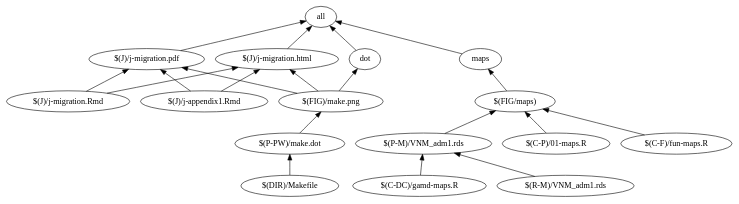
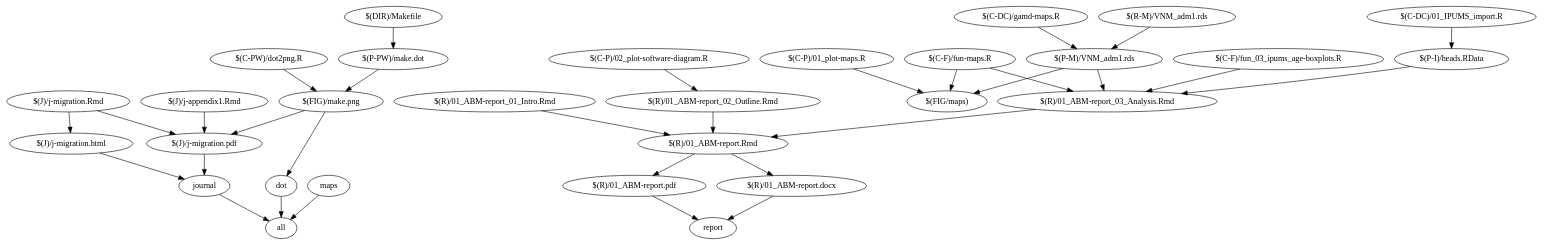
Before and after one commit to majazaloznik/vn: the diagram in data/processed/project-wide/make.dot, drawn with Graphviz. The commit also changed 10 other files, not shown here.

```diff
--- a/data/processed/project-wide/make.dot
+++ b/data/processed/project-wide/make.dot
@@ -1,32 +1,51 @@
 digraph G {
-	rankdir="BT"
+	rankdir="TB"
 	"all"
-	"$(J)/j-migration.pdf" -> "all"
-	"$(J)/j-migration.html" -> "all"
+	"journal" -> "all"
 	"maps" -> "all"
 	"dot" -> "all"
-	"dot"
-	"$(FIG)/make.png" -> "dot"
-	"maps"
-	"$(FIG/maps)" -> "maps"
-	"$(P-PW)/make.dot"
-	"$(DIR)/Makefile" -> "$(P-PW)/make.dot"
-	"$(FIG)/make.png"
-	"$(P-PW)/make.dot" -> "$(FIG)/make.png"
+	"journal"
+	"$(J)/j-migration.pdf" -> "journal"
+	"$(J)/j-migration.html" -> "journal"
 	"$(J)/j-migration.html"
 	"$(J)/j-migration.Rmd" -> "$(J)/j-migration.html"
-	"$(J)/j-appendix1.Rmd" -> "$(J)/j-migration.html"
-	"$(FIG)/make.png" -> "$(J)/j-migration.html"
 	"$(J)/j-migration.pdf"
 	"$(J)/j-migration.Rmd" -> "$(J)/j-migration.pdf"
 	"$(J)/j-appendix1.Rmd" -> "$(J)/j-migration.pdf"
 	"$(FIG)/make.png" -> "$(J)/j-migration.pdf"
-	"$(R-M)/VNM_adm1.rds"
+	"dot"
+	"$(FIG)/make.png" -> "dot"
+	"$(FIG)/make.png"
+	"$(C-PW)/dot2png.R" -> "$(FIG)/make.png"
+	"$(P-PW)/make.dot" -> "$(FIG)/make.png"
+	"$(P-PW)/make.dot"
+	"$(DIR)/Makefile" -> "$(P-PW)/make.dot"
+	"report"
+	"$(R)/01_ABM-report.pdf" -> "report"
+	"$(R)/01_ABM-report.docx" -> "report"
+	"$(R)/01_ABM-report.pdf"
+	"$(R)/01_ABM-report.Rmd" -> "$(R)/01_ABM-report.pdf"
+	"$(R)/01_ABM-report.docx"
+	"$(R)/01_ABM-report.Rmd" -> "$(R)/01_ABM-report.docx"
+	"$(R)/01_ABM-report.Rmd"
+	"$(R)/01_ABM-report_01_Intro.Rmd" -> "$(R)/01_ABM-report.Rmd"
+	"$(R)/01_ABM-report_02_Outline.Rmd" -> "$(R)/01_ABM-report.Rmd"
+	"$(R)/01_ABM-report_03_Analysis.Rmd" -> "$(R)/01_ABM-report.Rmd"
+	"$(R)/01_ABM-report_02_Outline.Rmd"
+	"$(C-P)/02_plot-software-diagram.R" -> "$(R)/01_ABM-report_02_Outline.Rmd"
+	"$(R)/01_ABM-report_03_Analysis.Rmd"
+	"$(P-M)/VNM_adm1.rds" -> "$(R)/01_ABM-report_03_Analysis.Rmd"
+	"$(C-F)/fun-maps.R" -> "$(R)/01_ABM-report_03_Analysis.Rmd"
+	"$(C-F)/fun_03_ipums_age-boxplots.R" -> "$(R)/01_ABM-report_03_Analysis.Rmd"
+	"$(P-I)/heads.RData" -> "$(R)/01_ABM-report_03_Analysis.Rmd"
+	"$(P-I)/heads.RData"
+	"$(C-DC)/01_IPUMS_import.R" -> "$(P-I)/heads.RData"
+	"$(FIG/maps)"
+	"$(C-P)/01_plot-maps.R" -> "$(FIG/maps)"
+	"$(P-M)/VNM_adm1.rds" -> "$(FIG/maps)"
+	"$(C-F)/fun-maps.R" -> "$(FIG/maps)"
 	"$(P-M)/VNM_adm1.rds"
 	"$(C-DC)/gamd-maps.R" -> "$(P-M)/VNM_adm1.rds"
 	"$(R-M)/VNM_adm1.rds" -> "$(P-M)/VNM_adm1.rds"
-	"$(FIG/maps)"
-	"$(C-P)/01-maps.R" -> "$(FIG/maps)"
-	"$(P-M)/VNM_adm1.rds" -> "$(FIG/maps)"
-	"$(C-F)/fun-maps.R" -> "$(FIG/maps)"
+	"$(R-M)/VNM_adm1.rds"
 }
```
